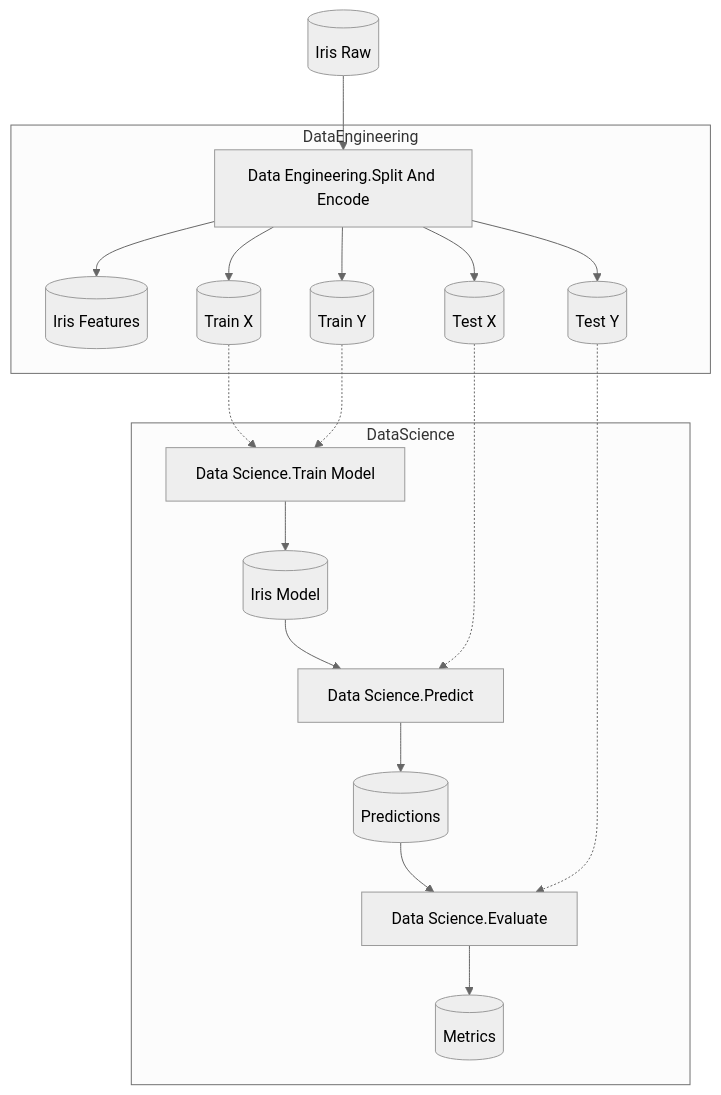
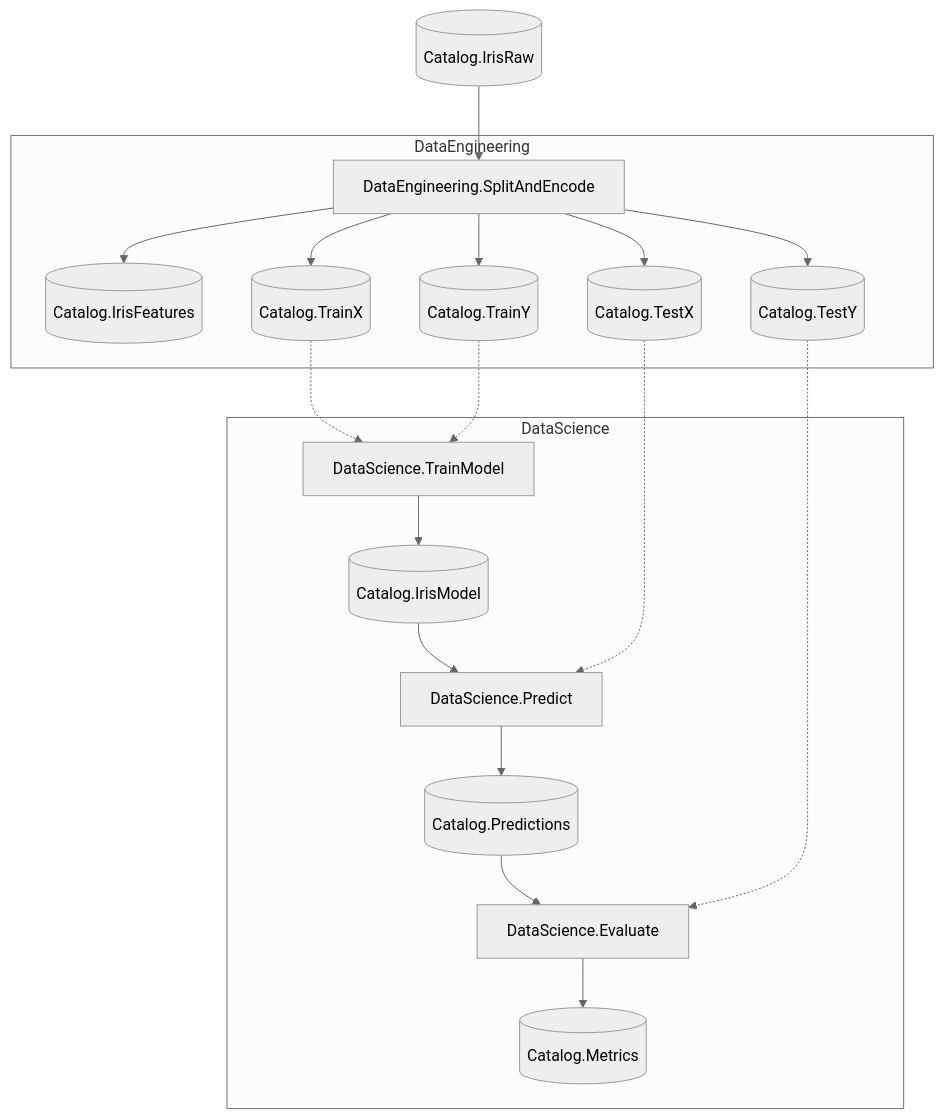
Before and after one commit to chaoticgoodcomputing/flowthru: the diagram in examples/starter/KedroIris/README.md, drawn with Mermaid (neutral theme). The commit also changed other lines of this file and 18 other files, not shown here.

Commit message:
fix: richer metadata on flow exports

````diff
--- a/examples/starter/KedroIris/README.md
+++ b/examples/starter/KedroIris/README.md
@@ -24,45 +24,45 @@
 ```mermaid
 flowchart TB
 
     %% External Data Inputs
-    IrisRaw[("Iris Raw")]
+    Catalog_IrisRaw[("Catalog.IrisRaw")]
 
     subgraph DataEngineering["DataEngineering"]
-        DataEngineering_SplitAndEncode["Data Engineering.Split And Encode"]
-        IrisFeatures[("Iris Features")]
-        TrainX[("Train X")]
-        TrainY[("Train Y")]
-        TestX[("Test X")]
-        TestY[("Test Y")]
+        DataEngineering_SplitAndEncode["DataEngineering.SplitAndEncode"]
+        Catalog_IrisFeatures[("Catalog.IrisFeatures")]
+        Catalog_TrainX[("Catalog.TrainX")]
+        Catalog_TrainY[("Catalog.TrainY")]
+        Catalog_TestX[("Catalog.TestX")]
+        Catalog_TestY[("Catalog.TestY")]
 
-        DataEngineering_SplitAndEncode --> IrisFeatures
-        DataEngineering_SplitAndEncode --> TrainX
-        DataEngineering_SplitAndEncode --> TrainY
-        DataEngineering_SplitAndEncode --> TestX
-        DataEngineering_SplitAndEncode --> TestY
+        DataEngineering_SplitAndEncode --> Catalog_IrisFeatures
+        DataEngineering_SplitAndEncode --> Catalog_TrainX
+        DataEngineering_SplitAndEncode --> Catalog_TrainY
+        DataEngineering_SplitAndEncode --> Catalog_TestX
+        DataEngineering_SplitAndEncode --> Catalog_TestY
     end
 
     subgraph DataScience["DataScience"]
-        DataScience_TrainModel["Data Science.Train Model"]
-        DataScience_Predict["Data Science.Predict"]
-        DataScience_Evaluate["Data Science.Evaluate"]
-        IrisModel[("Iris Model")]
-        Predictions[("Predictions")]
-        Metrics[("Metrics")]
+        DataScience_TrainModel["DataScience.TrainModel"]
+        DataScience_Predict["DataScience.Predict"]
+        DataScience_Evaluate["DataScience.Evaluate"]
+        Catalog_IrisModel[("Catalog.IrisModel")]
+        Catalog_Predictions[("Catalog.Predictions")]
+        Catalog_Metrics[("Catalog.Metrics")]
 
-        DataScience_TrainModel --> IrisModel
-        IrisModel --> DataScience_Predict
-        DataScience_Predict --> Predictions
-        Predictions --> DataScience_Evaluate
-        DataScience_Evaluate --> Metrics
+        DataScience_TrainModel --> Catalog_IrisModel
+        Catalog_IrisModel --> DataScience_Predict
+        DataScience_Predict --> Catalog_Predictions
+        Catalog_Predictions --> DataScience_Evaluate
+        DataScience_Evaluate --> Catalog_Metrics
     end
 
     %% External Data to Flow Edges
-    IrisRaw --> DataEngineering_SplitAndEncode
+    Catalog_IrisRaw --> DataEngineering_SplitAndEncode
 
     %% Cross-Flow Data Flow
-    TrainX -.-> DataScience_TrainModel
-    TrainY -.-> DataScience_TrainModel
-    TestX -.-> DataScience_Predict
-    TestY -.-> DataScience_Evaluate
+    Catalog_TrainX -.-> DataScience_TrainModel
+    Catalog_TrainY -.-> DataScience_TrainModel
+    Catalog_TestX -.-> DataScience_Predict
+    Catalog_TestY -.-> DataScience_Evaluate
 ```
````
